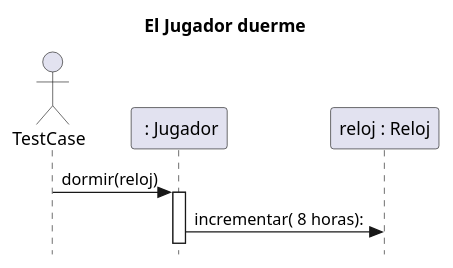
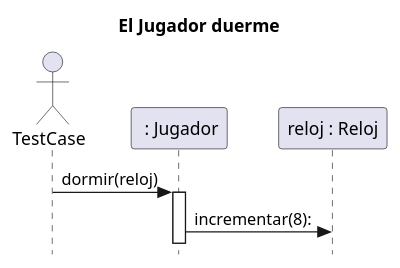
Before and after one commit to martinanus/algo3_tp2: the diagram in diagrams/sequences/JugadorDuerme.puml, drawn with PlantUML. The commit also changed 1 other file, not shown here.

Commit message:
Actualizacion diagrama de secuencia

```diff
--- a/diagrams/sequences/JugadorDuerme.puml
+++ b/diagrams/sequences/JugadorDuerme.puml
@@ -1,15 +1,15 @@
 @startuml
 skinparam style strictuml
 title:  El Jugador duerme
 
 actor TestCase
 
 participant " : Jugador" as jugador
 participant "reloj : Reloj" as reloj
 
 
 TestCase -> jugador: dormir(reloj)
 activate jugador
-jugador -> reloj: incrementar( 8 horas):
+jugador -> reloj: incrementar(8):
 
 @enduml
```
